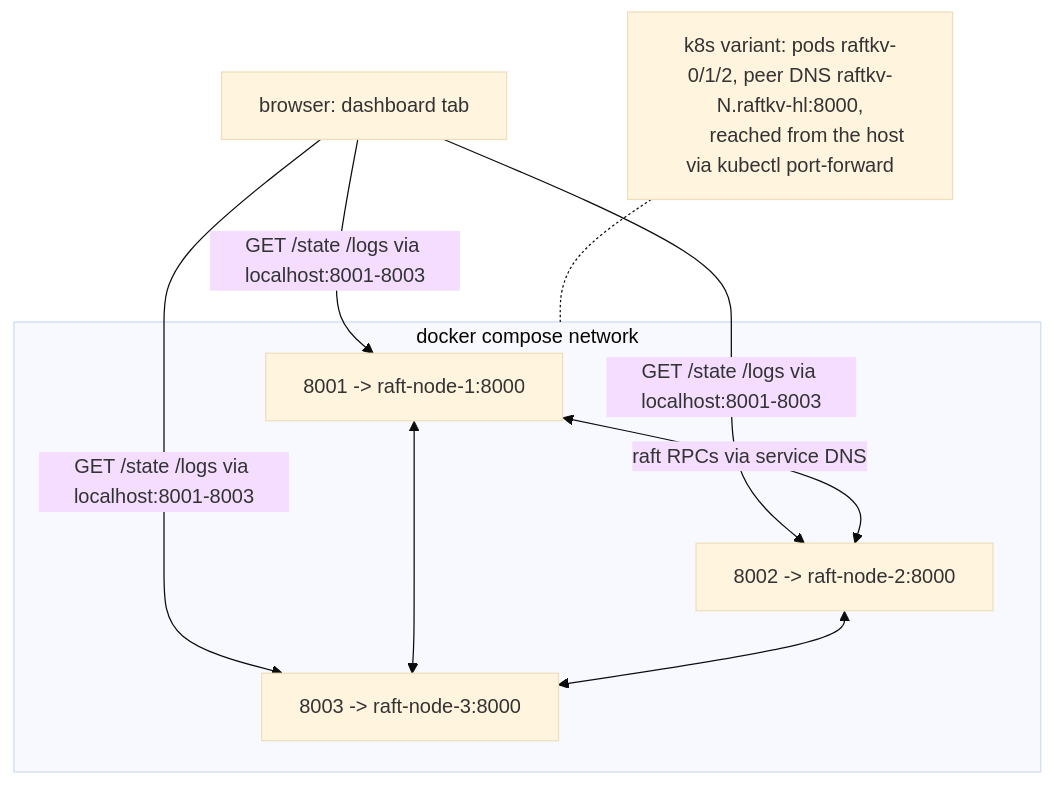
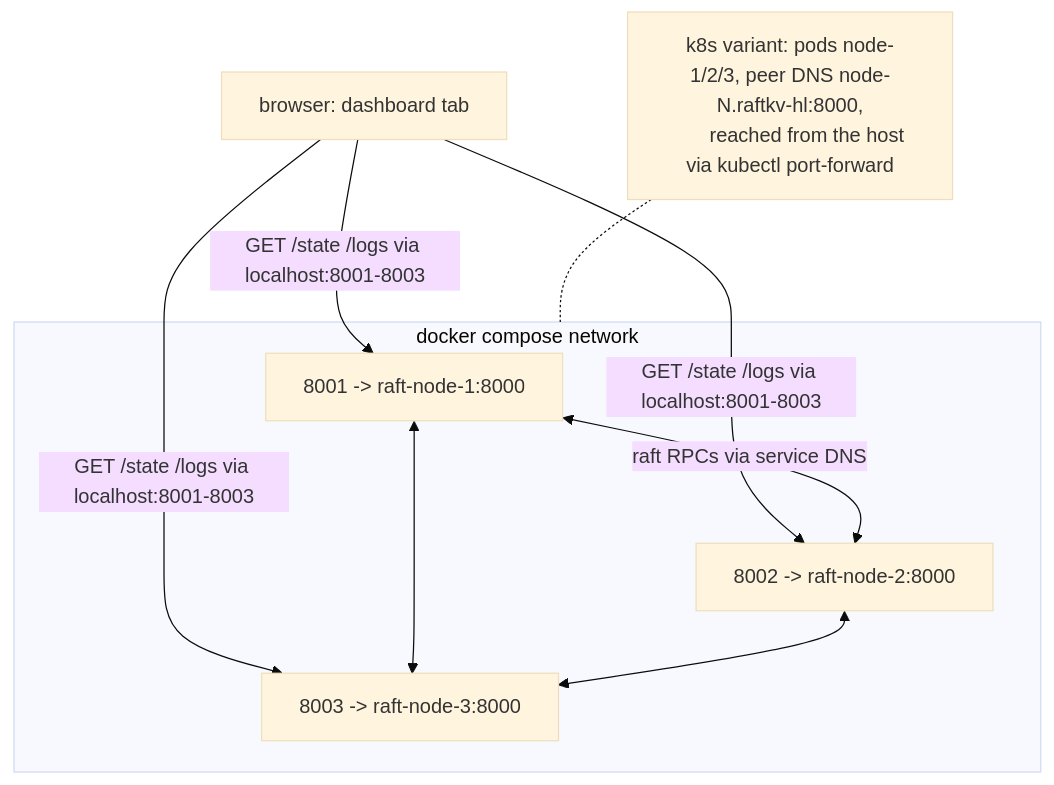
One commit to jonnyeclectic/raftkv changed the second of 2 diagrams in docs/ARCHITECTURE.md. Above: the diagram before and after it, drawn with Mermaid (base theme). The commit also changed other lines of this file and 23 other files, not shown here.

````diff
--- a/docs/ARCHITECTURE.md
+++ b/docs/ARCHITECTURE.md
@@ -344,14 +349,14 @@
 ```mermaid
 flowchart TB
   browser[browser: dashboard tab] -->|GET /state /logs via localhost:8001-8003| p1 & p2 & p3
   subgraph host [docker compose network]
     p1[8001 -> raft-node-1:8000]
     p2[8002 -> raft-node-2:8000]
     p3[8003 -> raft-node-3:8000]
     p1 <-->|raft RPCs via service DNS| p2
     p1 <--> p3
     p2 <--> p3
   end
-  note[k8s variant: pods raftkv-0/1/2, peer DNS raftkv-N.raftkv-hl:8000,
+  note[k8s variant: pods node-1/2/3, peer DNS node-N.raftkv-hl:8000,
        reached from the host via kubectl port-forward] -.- host
 ```
````
